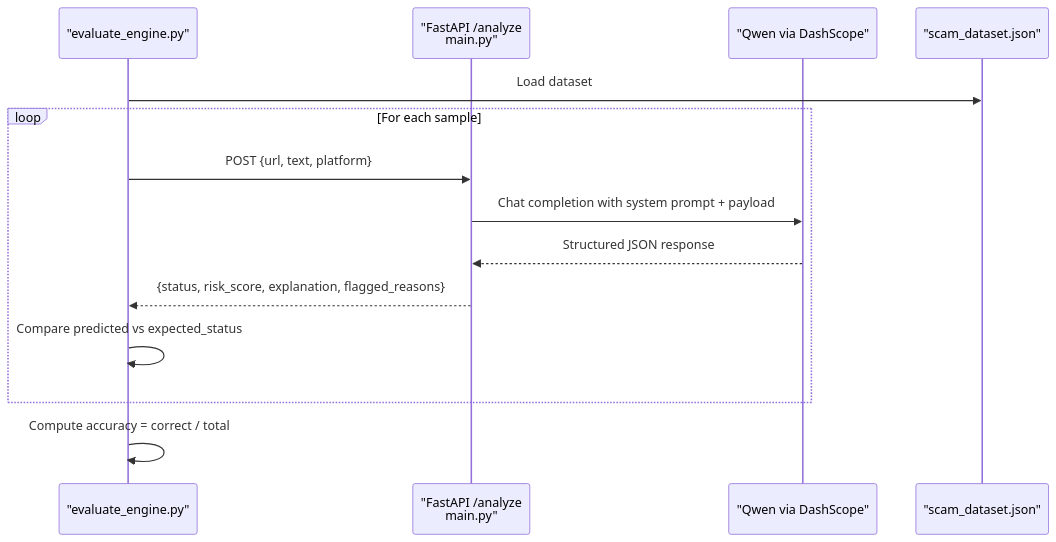
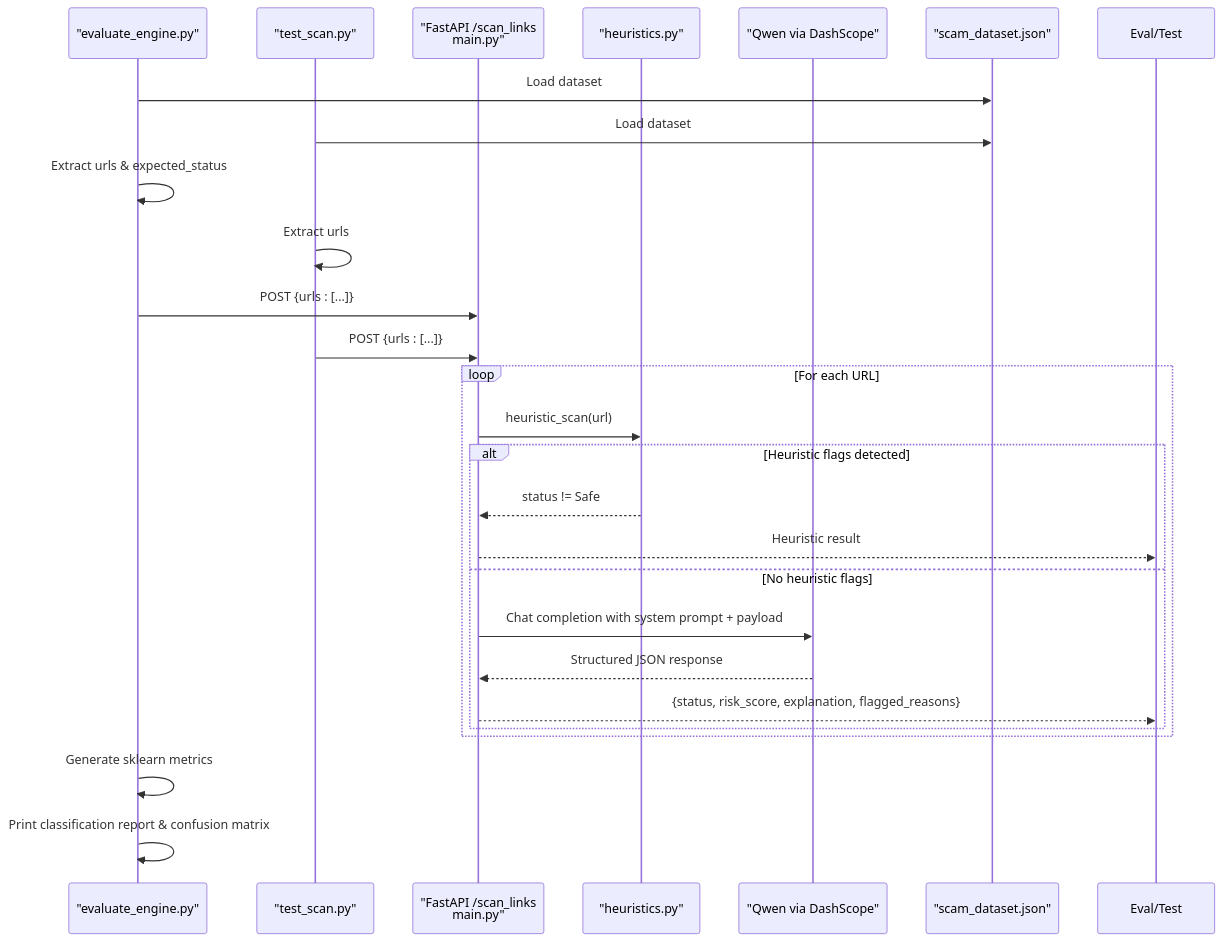
One commit to Aymanaahh/scrollguard-ai changed the second of 6 diagrams in .qoder/repowiki/en/content/Evaluation and Testing Framework.md. Above: the diagram before and after it, drawn with Mermaid. The commit also changed other lines of this file and 36 other files, not shown here.

````diff
--- a/.qoder/repowiki/en/content/Evaluation and Testing Framework.md
+++ b/.qoder/repowiki/en/content/Evaluation and Testing Framework.md
@@ -81,16 +99,28 @@
 ```mermaid
 sequenceDiagram
 participant Eval as "evaluate_engine.py"
-participant API as "FastAPI /analyze<br/>main.py"
+participant Test as "test_scan.py"
+participant API as "FastAPI /scan_links<br/>main.py"
+participant Heur as "heuristics.py"
 participant LLM as "Qwen via DashScope"
 participant DS as "scam_dataset.json"
 Eval->>DS : Load dataset
-loop For each sample
-Eval->>API : POST {url, text, platform}
+Test->>DS : Load dataset
+Eval->>Eval : Extract urls & expected_status
+Test->>Test : Extract urls
+Eval->>API : POST {urls : [...]}
+Test->>API : POST {urls : [...]}
+loop For each URL
+API->>Heur : heuristic_scan(url)
+alt Heuristic flags detected
+Heur-->>API : status != Safe
+API-->>Eval/Test : Heuristic result
+else No heuristic flags
 API->>LLM : Chat completion with system prompt + payload
 LLM-->>API : Structured JSON response
-API-->>Eval : {status, risk_score, explanation, flagged_reasons}
-Eval->>Eval : Compare predicted vs expected_status
+API-->>Eval/Test : {status, risk_score, explanation, flagged_reasons}
 end
-Eval->>Eval : Compute accuracy = correct / total
+end
+Eval->>Eval : Generate sklearn metrics
+Eval->>Eval : Print classification report & confusion matrix
 ```
````
